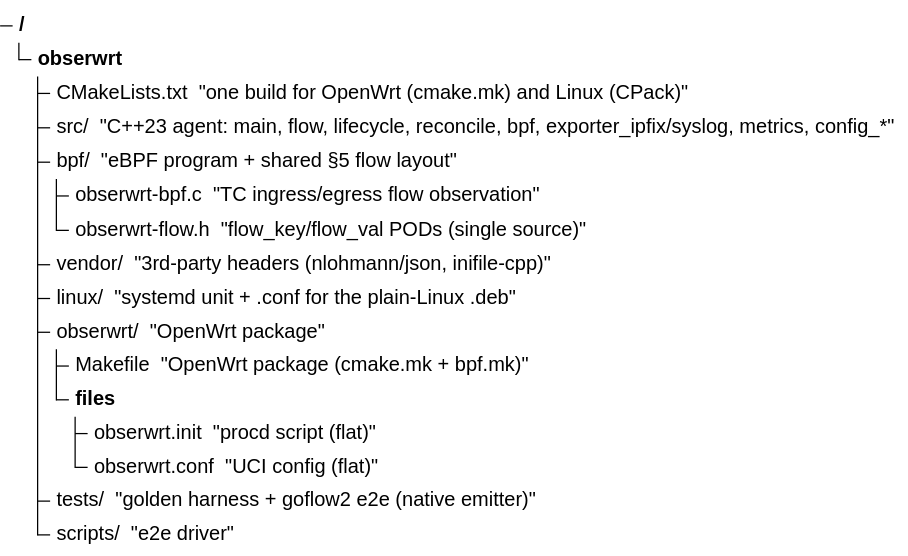
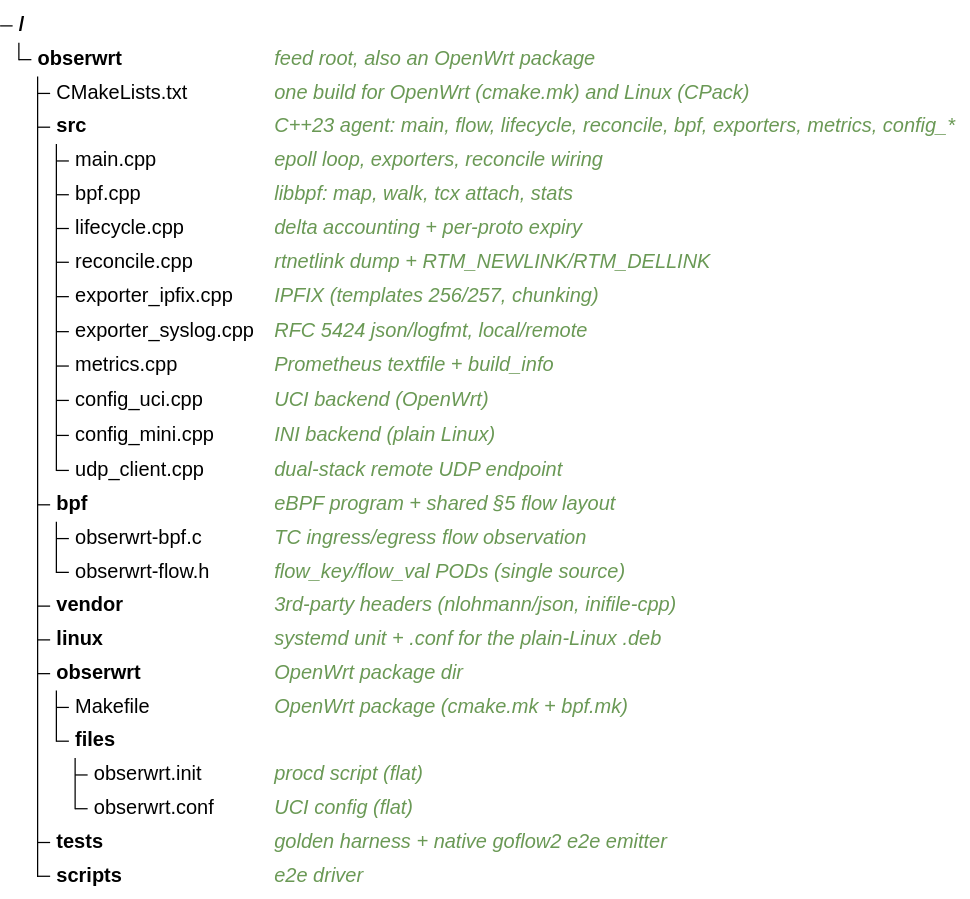
One commit to vooon/obserwrt changed the fifth of 6 diagrams in docs/design.md. Above: the diagram before and after it, drawn with Mermaid.

Commit message:
docs(design): fix §11 treeView annotation syntax and expand src/ tree

````diff
--- a/docs/design.md
+++ b/docs/design.md
@@ -488,18 +488,28 @@
 ```mermaid
 treeView-beta
-obserwrt/
-    CMakeLists.txt  "one build for OpenWrt (cmake.mk) and Linux (CPack)"
-    src/  "C++23 agent: main, flow, lifecycle, reconcile, bpf, exporter_ipfix/syslog, metrics, config_*"
-    bpf/  "eBPF program + shared §5 flow layout"
-        obserwrt-bpf.c  "TC ingress/egress flow observation"
-        obserwrt-flow.h  "flow_key/flow_val PODs (single source)"
-    vendor/  "3rd-party headers (nlohmann/json, inifile-cpp)"
-    linux/  "systemd unit + .conf for the plain-Linux .deb"
-    obserwrt/  "OpenWrt package"
-        Makefile  "OpenWrt package (cmake.mk + bpf.mk)"
+obserwrt/ ## feed root, also an OpenWrt package
+    CMakeLists.txt ## one build for OpenWrt (cmake.mk) and Linux (CPack)
+    src/ ## C++23 agent: main, flow, lifecycle, reconcile, bpf, exporters, metrics, config_*
+        main.cpp ## epoll loop, exporters, reconcile wiring
+        bpf.cpp ## libbpf: map, walk, tcx attach, stats
+        lifecycle.cpp ## delta accounting + per-proto expiry
+        reconcile.cpp ## rtnetlink dump + RTM_NEWLINK/RTM_DELLINK
+        exporter_ipfix.cpp ## IPFIX (templates 256/257, chunking)
+        exporter_syslog.cpp ## RFC 5424 json/logfmt, local/remote
+        metrics.cpp ## Prometheus textfile + build_info
+        config_uci.cpp ## UCI backend (OpenWrt)
+        config_mini.cpp ## INI backend (plain Linux)
+        udp_client.cpp ## dual-stack remote UDP endpoint
+    bpf/ ## eBPF program + shared §5 flow layout
+        obserwrt-bpf.c ## TC ingress/egress flow observation
+        obserwrt-flow.h ## flow_key/flow_val PODs (single source)
+    vendor/ ## 3rd-party headers (nlohmann/json, inifile-cpp)
+    linux/ ## systemd unit + .conf for the plain-Linux .deb
+    obserwrt/ ## OpenWrt package dir
+        Makefile ## OpenWrt package (cmake.mk + bpf.mk)
         files/
-            obserwrt.init  "procd script (flat)"
-            obserwrt.conf  "UCI config (flat)"
-    tests/  "golden harness + goflow2 e2e (native emitter)"
-    scripts/  "e2e driver"
+            obserwrt.init ## procd script (flat)
+            obserwrt.conf ## UCI config (flat)
+    tests/ ## golden harness + native goflow2 e2e emitter
+    scripts/ ## e2e driver
 ```
````
